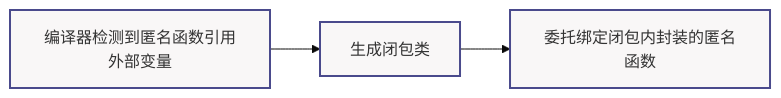
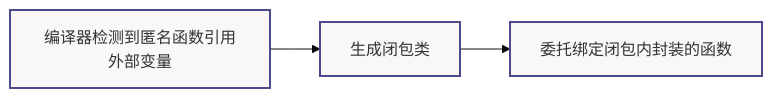
The fourth of 7 diagrams in 高级特性.md (xiaoYoc/CSharp-Learning-Notes-In-a-Nutshell), drawn with Mermaid (base theme) before and after one commit. The commit also changed other lines of this file and 12 other files, not shown here.

````diff
--- a/高级特性.md
+++ b/高级特性.md
@@ -2267,8 +2367,8 @@
 ```mermaid
 flowchart LR
     A[编译器检测到匿名函数引用外部变量] --> B[生成闭包类]
-    B --> C[委托绑定闭包内封装的匿名函数]
+    B --> C[委托绑定闭包内封装的函数]
     classDef main fill:#f9f7f7,stroke:#4a4a8c,stroke-width:2px;
     classDef step fill:#e6f7ff,stroke:#1890ff,stroke-width:2px;
     class A,B,C main;
 ```
````
